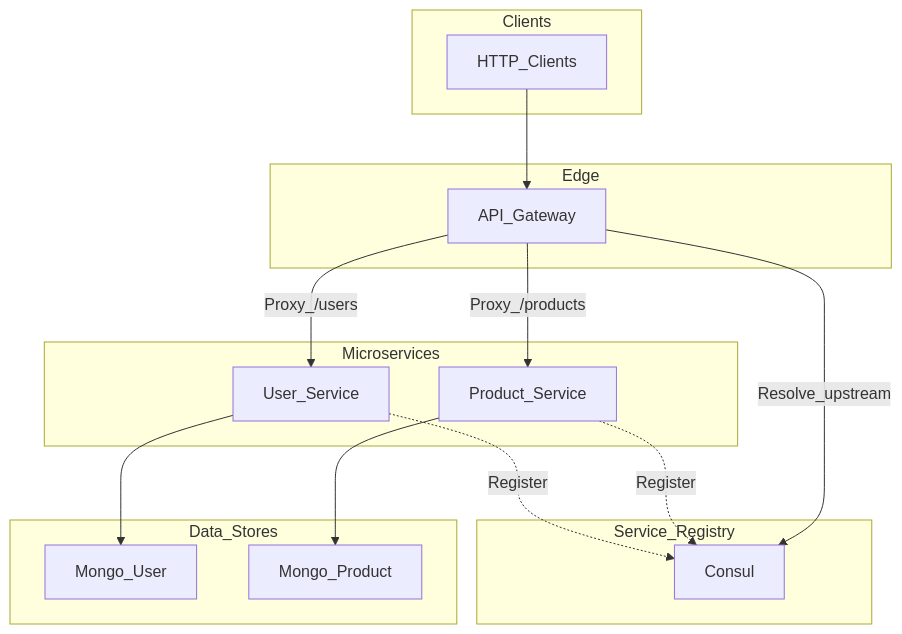
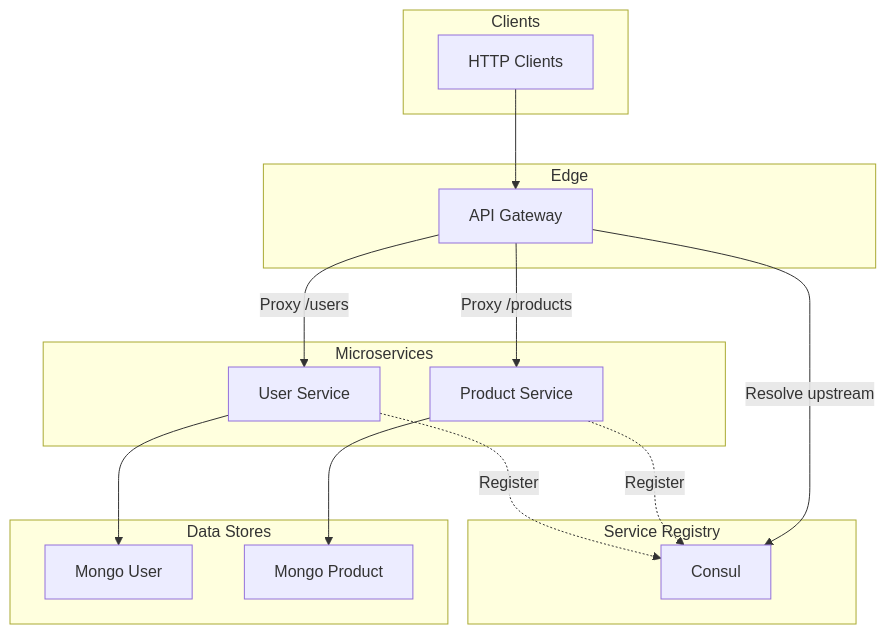
Before and after one commit to f00hy/microservices: the first of 2 diagrams in README.md, drawn with Mermaid. The commit also changed other lines of this file, not shown here.

Commit message:
docs: modify text style in mermaid diagrams

````diff
--- a/README.md
+++ b/README.md
@@ -22,28 +22,28 @@
 ```mermaid
 flowchart TB
   subgraph clients [Clients]
-    HTTP[HTTP_Clients]
+    HTTP[HTTP Clients]
   end
   subgraph edge [Edge]
-    GW[API_Gateway]
+    GW[API Gateway]
   end
-  subgraph registry [Service_Registry]
+  subgraph registry [Service Registry]
     C[Consul]
   end
   subgraph backends [Microservices]
-    US[User_Service]
-    PS[Product_Service]
+    US[User Service]
+    PS[Product Service]
   end
-  subgraph data [Data_Stores]
-    MU[Mongo_User]
-    MP[Mongo_Product]
+  subgraph data [Data Stores]
+    MU[Mongo User]
+    MP[Mongo Product]
   end
   HTTP --> GW
-  GW -->|"Proxy_/users"| US
-  GW -->|"Proxy_/products"| PS
+  GW -->|"Proxy /users"| US
+  GW -->|"Proxy /products"| PS
   US --> MU
   PS --> MP
   US -.->|Register| C
   PS -.->|Register| C
-  GW -->|Resolve_upstream| C
+  GW -->|Resolve upstream| C
 ```
````
